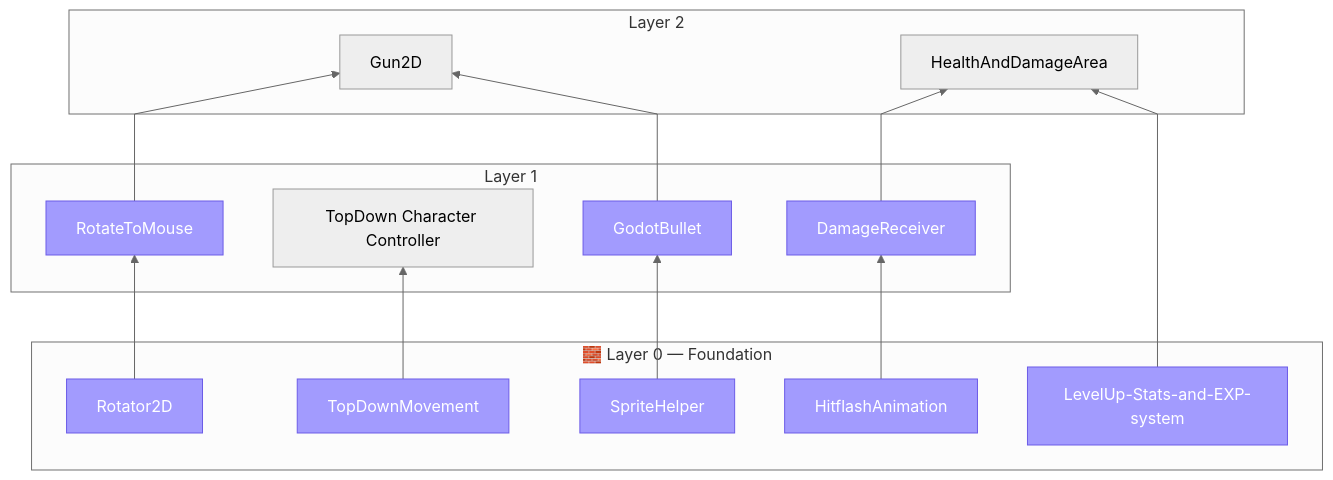
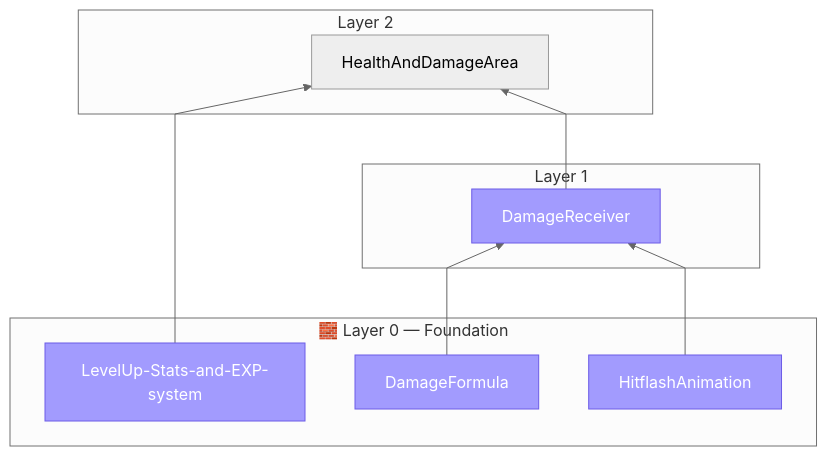
Before and after one commit to ChillCube/.github: the diagram in ADDONS.md, drawn with Mermaid (neutral theme). The commit also changed other lines of this file, not shown here.

Commit message:
registry: update dependency tree

````diff
--- a/ADDONS.md
+++ b/ADDONS.md
@@ -182,55 +182,35 @@
 ```mermaid
 %%{init: {"flowchart": {"curve": "linear"}}}%%
 flowchart BT
     classDef core  fill:#4a9eff,stroke:#2471d4,color:#fff
     classDef shared fill:#a29bfe,stroke:#6c5ce7,color:#fff
     classDef external fill:#fd9644,stroke:#e67e22,color:#fff
 
     subgraph Layer_0["🧱 Layer 0 — Foundation"]
+        damageformula["DamageFormula"]
         godot_hitflashanimation["HitflashAnimation"]
         godot_levelup_stats_and_exp_system["LevelUp-Stats-and-EXP-system"]
-        rotator2d["Rotator2D"]
-        spritehelper["SpriteHelper"]
-        topdownmovement["TopDownMovement"]
     end
     subgraph Layer_1["Layer 1"]
         damagereceiver["DamageReceiver"]
-        godot_topdown_character_controller["TopDown Character Controller"]
-        godotbullet["GodotBullet"]
-        rotatetomouse["RotateToMouse"]
     end
     subgraph Layer_2["Layer 2"]
-        gun2d["Gun2D"]
         healthanddamagearea["HealthAndDamageArea"]
     end
 
     godot_levelup_stats_and_exp_system --> healthanddamagearea
     damagereceiver --> healthanddamagearea
-    godotbullet --> gun2d
-    rotatetomouse --> gun2d
+    damageformula --> damagereceiver
     godot_hitflashanimation --> damagereceiver
-    rotator2d --> rotatetomouse
-    topdownmovement --> godot_topdown_character_controller
-    spritehelper --> godotbullet
 
+    class damageformula shared
     class damagereceiver shared
     class godot_hitflashanimation shared
     class godot_levelup_stats_and_exp_system shared
-    class godotbullet shared
-    class rotatetomouse shared
-    class rotator2d shared
-    class spritehelper shared
-    class topdownmovement shared
 
+    click damageformula href "https://github.com/ChillCube/DamageFormula" _blank
     click damagereceiver href "https://github.com/ChillCube/DamageReceiver" _blank
     click godot_hitflashanimation href "https://github.com/ChillCube/Godot_HitflashAnimation" _blank
     click godot_levelup_stats_and_exp_system href "https://github.com/ChillCube/Godot_LevelUp-Stats-and-EXP-system" _blank
-    click godot_topdown_character_controller href "https://github.com/ChillCube/Godot_TopDown_Character_Controller" _blank
-    click godotbullet href "https://github.com/ChillCube/GodotBullet" _blank
-    click gun2d href "https://github.com/ChillCube/Gun2D" _blank
     click healthanddamagearea href "https://github.com/ChillCube/HealthAndDamageArea" _blank
-    click rotatetomouse href "https://github.com/ChillCube/RotateToMouse" _blank
-    click rotator2d href "https://github.com/ChillCube/Rotator2D" _blank
-    click spritehelper href "https://github.com/ChillCube/SpriteHelper" _blank
-    click topdownmovement href "https://github.com/ChillCube/TopDownMovement" _blank
 ```
````
